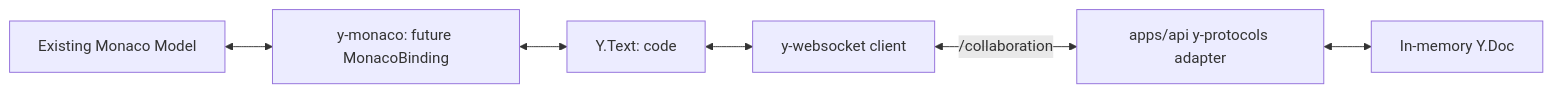
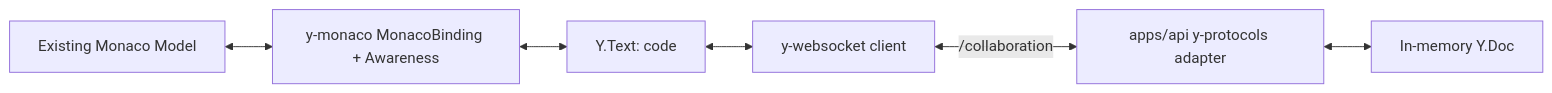
Before and after one commit to Milo78k/codemeet: the third of 9 diagrams in docs/architecture.md, drawn with Mermaid. The commit also changed other lines of this file and 17 other files, not shown here.

````diff
--- a/docs/architecture.md
+++ b/docs/architecture.md
@@ -91,8 +91,8 @@
 ```mermaid
 flowchart LR
-  Model["Existing Monaco Model"] <--> Binding["y-monaco: future MonacoBinding"]
+  Model["Existing Monaco Model"] <--> Binding["y-monaco MonacoBinding + Awareness"]
   Binding <--> YText["Y.Text: code"]
   YText <--> Provider["y-websocket client"]
   Provider <-->|"/collaboration"| Server["apps/api y-protocols adapter"]
   Server <--> Room["In-memory Y.Doc"]
 ```
````
